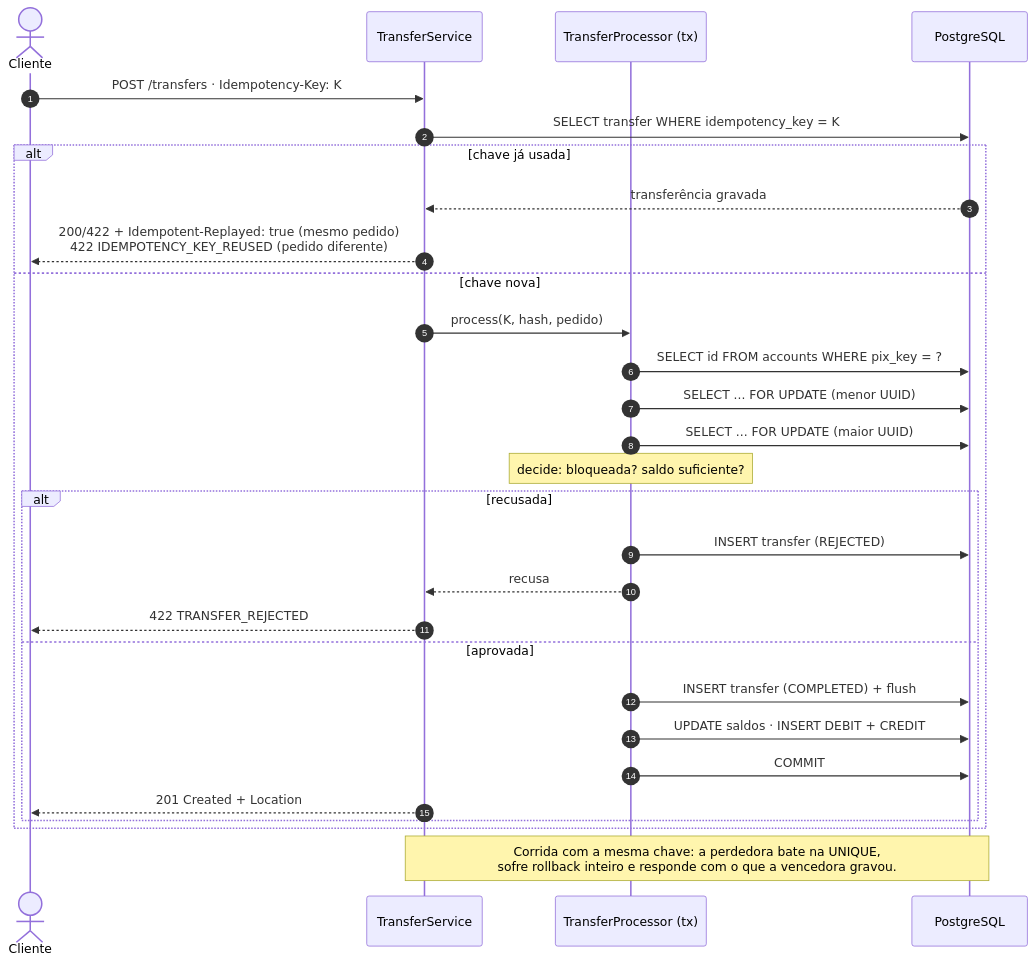
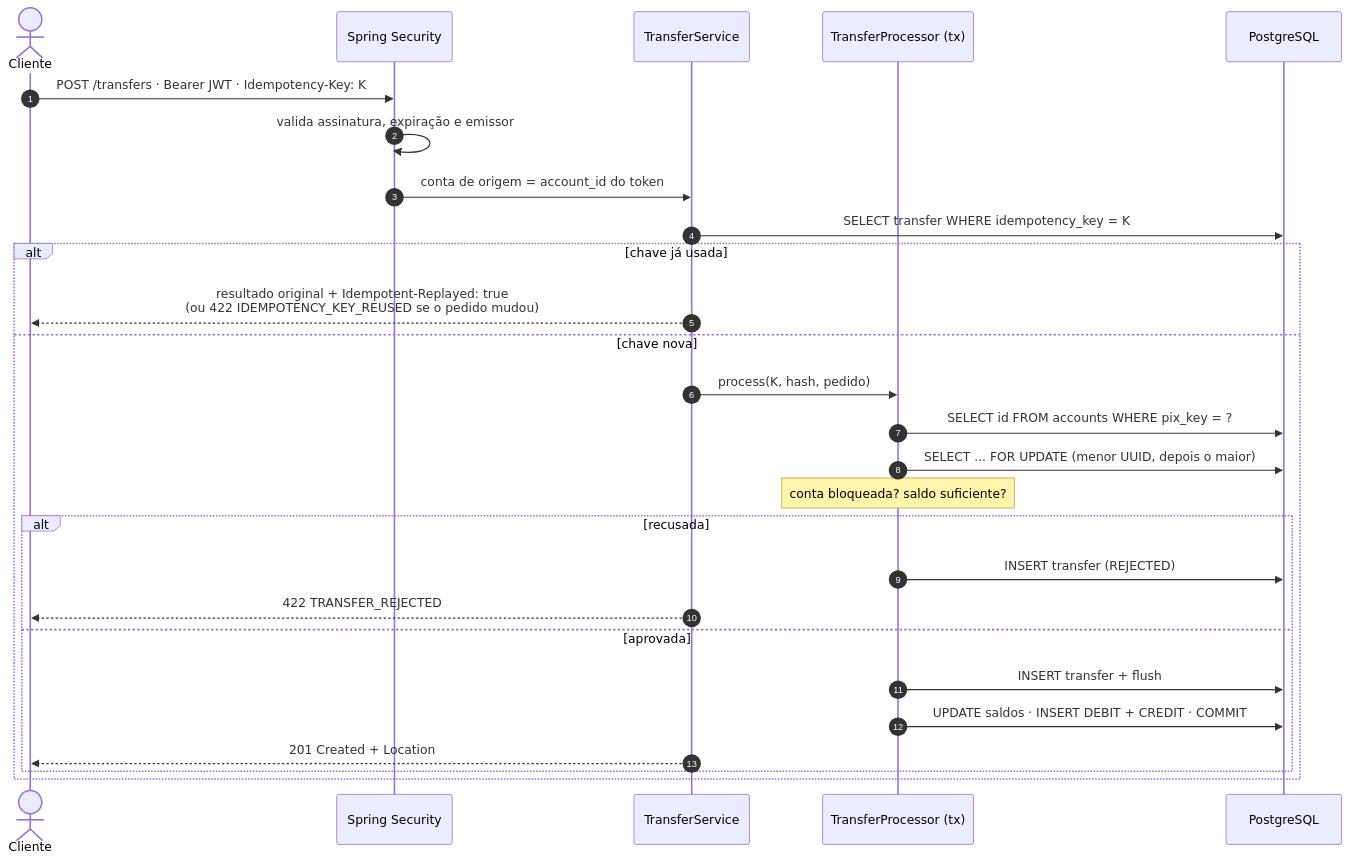
The second of 4 diagrams in README.md (leonardobarrosx/motor-transferencias), drawn with Mermaid before and after one commit. The commit also changed other lines of this file and 81 other files, not shown here.

First line of the commit message:
motor: login com JWT, conta sempre vinda do token e front com cara de app de banco

````diff
--- a/README.md
+++ b/README.md
@@ -119,32 +125,30 @@
 ```mermaid
 sequenceDiagram
     autonumber
     actor App as Cliente
+    participant Sec as Spring Security
     participant S as TransferService
     participant P as TransferProcessor (tx)
     participant DB as PostgreSQL
 
-    App->>S: POST /transfers · Idempotency-Key: K
+    App->>Sec: POST /transfers · Bearer JWT · Idempotency-Key: K
+    Sec->>Sec: valida assinatura, expiração e emissor
+    Sec->>S: conta de origem = account_id do token
     S->>DB: SELECT transfer WHERE idempotency_key = K
     alt chave já usada
-        DB-->>S: transferência gravada
-        S-->>App: 200/422 + Idempotent-Replayed: true (mesmo pedido)<br/>422 IDEMPOTENCY_KEY_REUSED (pedido diferente)
+        S-->>App: resultado original + Idempotent-Replayed: true<br/>(ou 422 IDEMPOTENCY_KEY_REUSED se o pedido mudou)
     else chave nova
         S->>P: process(K, hash, pedido)
         P->>DB: SELECT id FROM accounts WHERE pix_key = ?
-        P->>DB: SELECT ... FOR UPDATE (menor UUID)
-        P->>DB: SELECT ... FOR UPDATE (maior UUID)
-        Note over P: decide: bloqueada? saldo suficiente?
+        P->>DB: SELECT ... FOR UPDATE (menor UUID, depois o maior)
+        Note over P: conta bloqueada? saldo suficiente?
         alt recusada
             P->>DB: INSERT transfer (REJECTED)
-            P-->>S: recusa
             S-->>App: 422 TRANSFER_REJECTED
         else aprovada
-            P->>DB: INSERT transfer (COMPLETED) + flush
-            P->>DB: UPDATE saldos · INSERT DEBIT + CREDIT
-            P->>DB: COMMIT
+            P->>DB: INSERT transfer + flush
+            P->>DB: UPDATE saldos · INSERT DEBIT + CREDIT · COMMIT
             S-->>App: 201 Created + Location
         end
     end
-    Note over S,DB: Corrida com a mesma chave: a perdedora bate na UNIQUE,<br/>sofre rollback inteiro e responde com o que a vencedora gravou.
 ```
````
